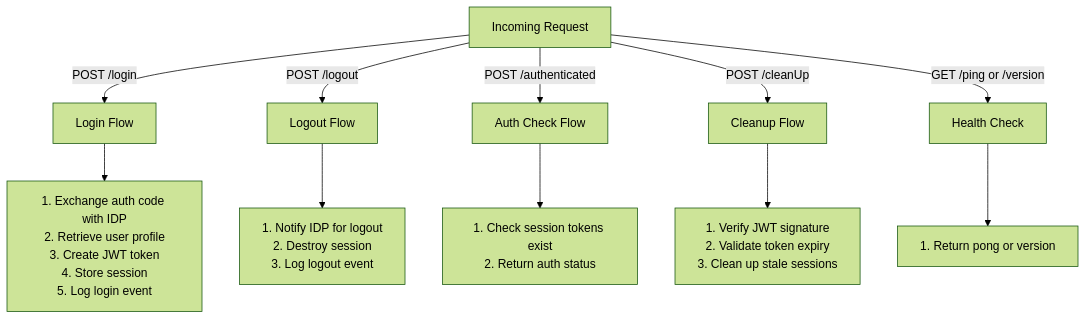
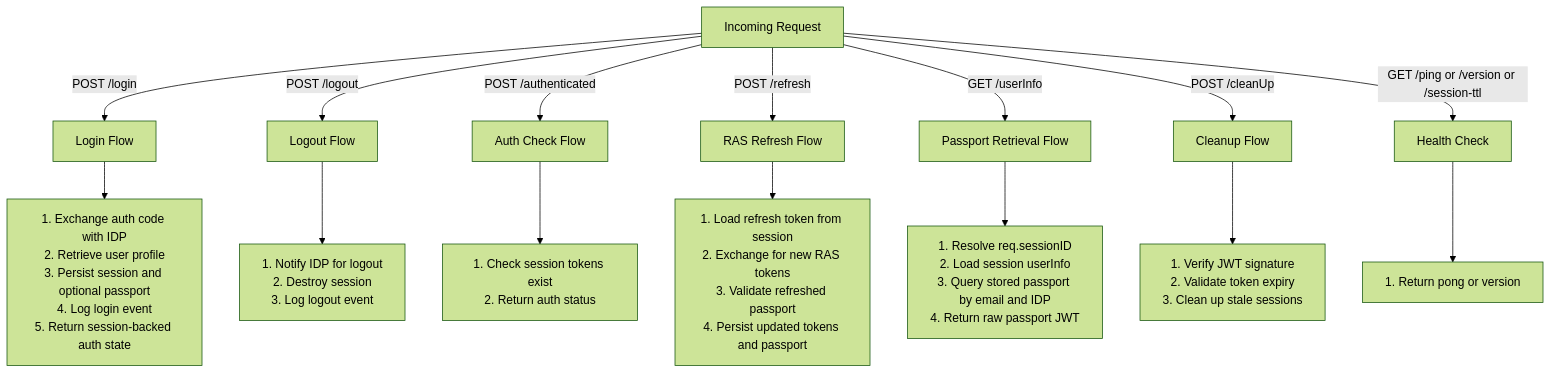
Before and after one commit to CBIIT/crdc-ctdc-authn: the first of 8 diagrams in docs/architecture/runtime-flows.md, drawn with Mermaid (forest theme). The commit also changed other lines of this file and 3 other files, not shown here.

First line of the commit message:
docs: update architecture diagrams and flows for RAS integration

````diff
--- a/docs/architecture/runtime-flows.md
+++ b/docs/architecture/runtime-flows.md
@@ -5,20 +5,26 @@
 ```mermaid
 graph TB
     Request["Incoming Request"]
     
     Request -->|POST /login| LoginFlow["Login Flow"]
     Request -->|POST /logout| LogoutFlow["Logout Flow"]
     Request -->|POST /authenticated| AuthCheckFlow["Auth Check Flow"]
+    Request -->|POST /refresh| RefreshFlow["RAS Refresh Flow"]
+    Request -->|GET /userInfo| PassportFlow["Passport Retrieval Flow"]
     Request -->|POST /cleanUp| CleanupFlow["Cleanup Flow"]
-    Request -->|GET /ping or /version| HealthFlow["Health Check"]
+    Request -->|GET /ping or /version or /session-ttl| HealthFlow["Health Check"]
     
-    LoginFlow --> L1["1. Exchange auth code with IDP<br/>2. Retrieve user profile<br/>3. Create JWT token<br/>4. Store session<br/>5. Log login event"]
+    LoginFlow --> L1["1. Exchange auth code with IDP<br/>2. Retrieve user profile<br/>3. Persist session and optional passport<br/>4. Log login event<br/>5. Return session-backed auth state"]
     
     LogoutFlow --> L2["1. Notify IDP for logout<br/>2. Destroy session<br/>3. Log logout event"]
     
     AuthCheckFlow --> L3["1. Check session tokens exist<br/>2. Return auth status"]
+
+    RefreshFlow --> L6["1. Load refresh token from session<br/>2. Exchange for new RAS tokens<br/>3. Validate refreshed passport<br/>4. Persist updated tokens and passport"]
+
+    PassportFlow --> L7["1. Resolve req.sessionID<br/>2. Load session userInfo<br/>3. Query stored passport by email and IDP<br/>4. Return raw passport JWT"]
     
     CleanupFlow --> L4["1. Verify JWT signature<br/>2. Validate token expiry<br/>3. Clean up stale sessions"]
     
     HealthFlow --> L5["1. Return pong or version"]
 ```
````
